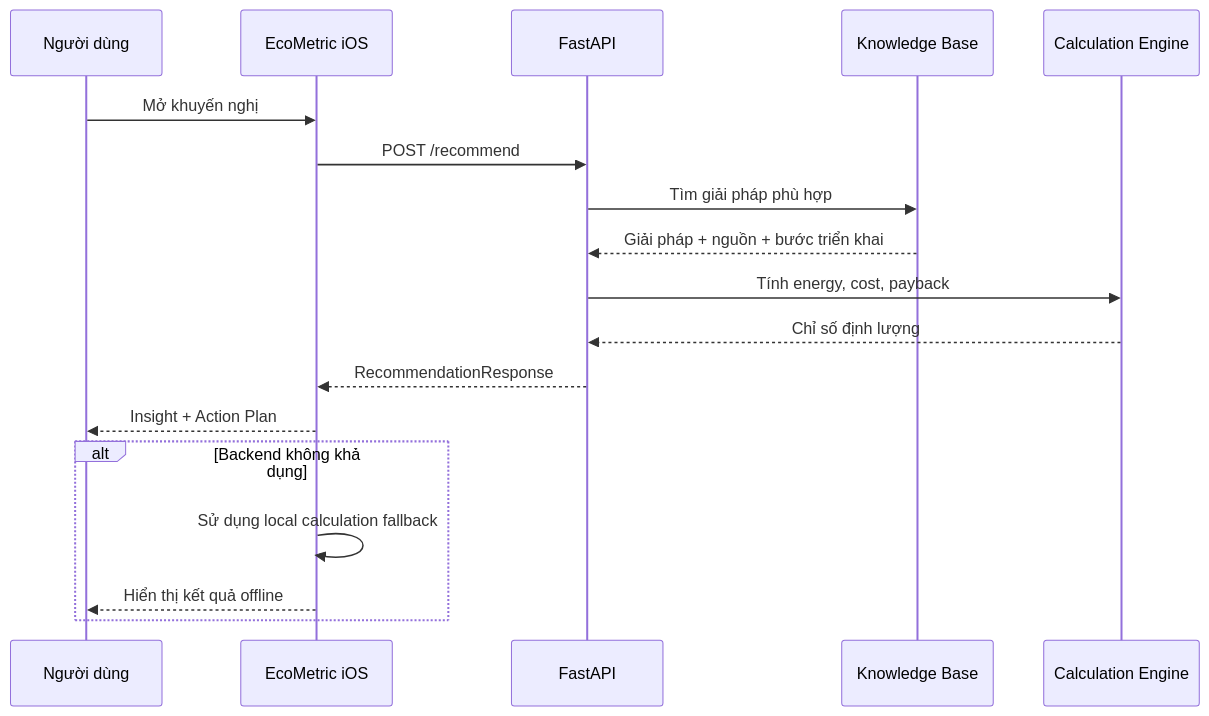
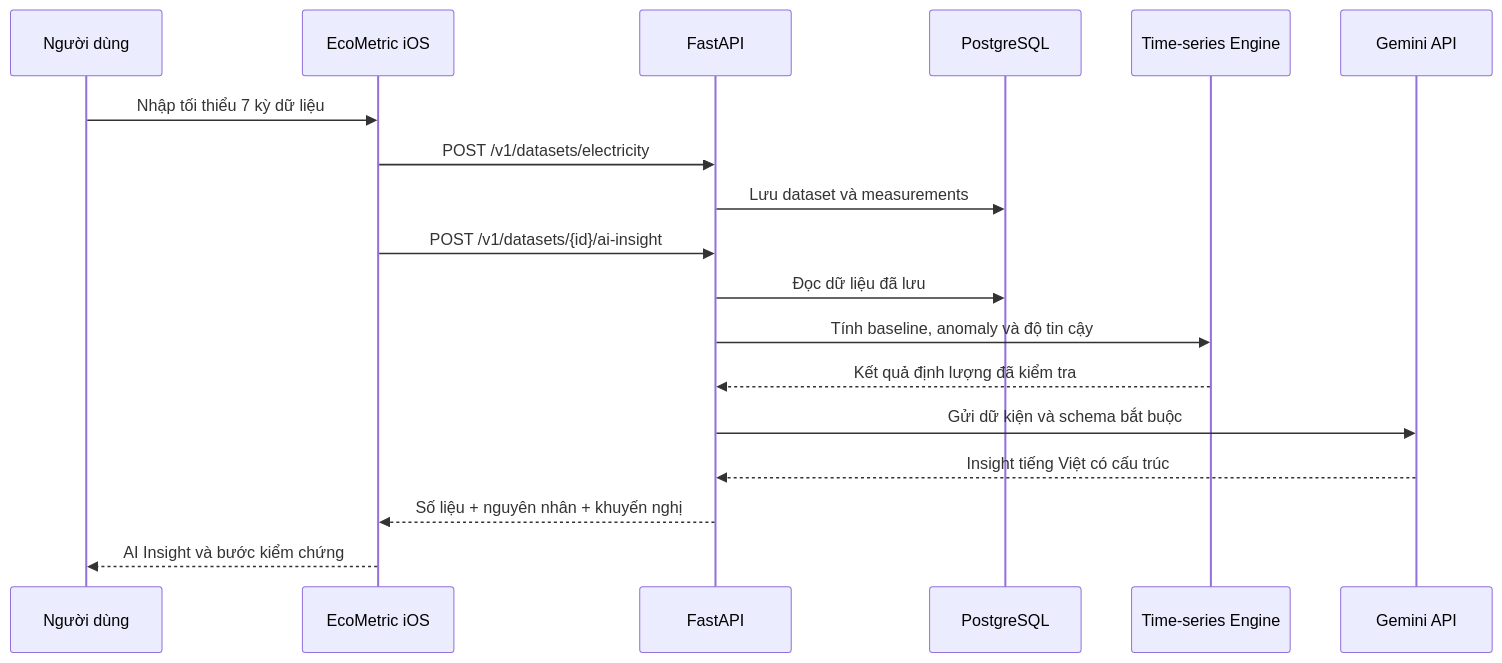
Before and after one commit to NXThanh01/EcoMetric-iOS: the fourth of 5 diagrams in README.md, drawn with Mermaid. The commit also changed other lines of this file and 70 other files, not shown here.

````diff
--- a/README.md
+++ b/README.md
@@ -118,22 +157,21 @@
 ```mermaid
 sequenceDiagram
     participant User as Người dùng
     participant App as EcoMetric iOS
     participant API as FastAPI
-    participant KB as Knowledge Base
-    participant Engine as Calculation Engine
+    participant DB as PostgreSQL
+    participant Engine as Time-series Engine
+    participant Gemini as Gemini API
 
-    User->>App: Mở khuyến nghị
-    App->>API: POST /recommend
-    API->>KB: Tìm giải pháp phù hợp
-    KB-->>API: Giải pháp + nguồn + bước triển khai
-    API->>Engine: Tính energy, cost, payback
-    Engine-->>API: Chỉ số định lượng
-    API-->>App: RecommendationResponse
-    App-->>User: Insight + Action Plan
-
-    alt Backend không khả dụng
-        App->>App: Sử dụng local calculation fallback
-        App-->>User: Hiển thị kết quả offline
-    end
+    User->>App: Nhập tối thiểu 7 kỳ dữ liệu
+    App->>API: POST /v1/datasets/electricity
+    API->>DB: Lưu dataset và measurements
+    App->>API: POST /v1/datasets/{id}/ai-insight
+    API->>DB: Đọc dữ liệu đã lưu
+    API->>Engine: Tính baseline, anomaly và độ tin cậy
+    Engine-->>API: Kết quả định lượng đã kiểm tra
+    API->>Gemini: Gửi dữ kiện và schema bắt buộc
+    Gemini-->>API: Insight tiếng Việt có cấu trúc
+    API-->>App: Số liệu + nguyên nhân + khuyến nghị
+    App-->>User: AI Insight và bước kiểm chứng
 ```
````
